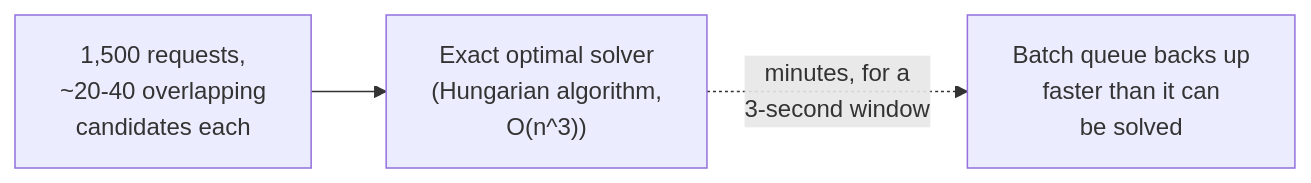
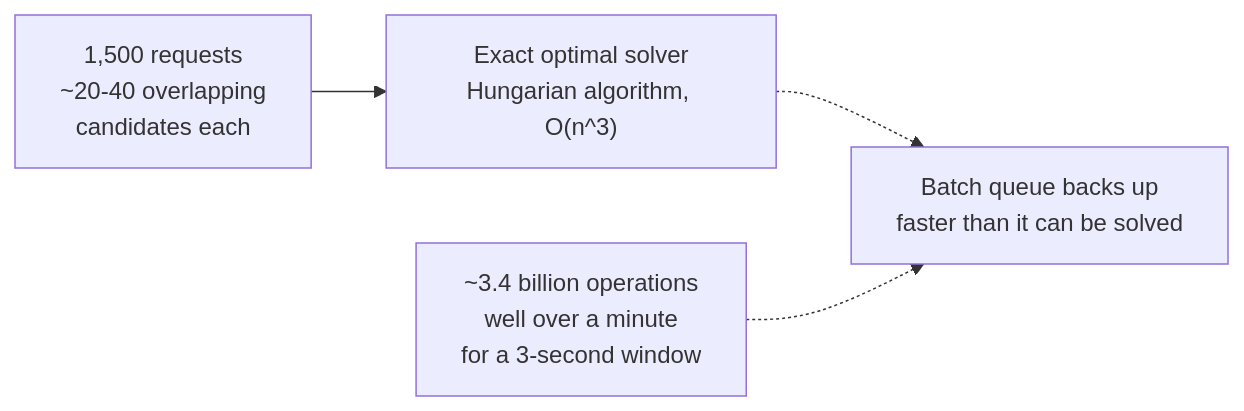
The third of 11 diagrams in system-design/HLD/0-course/62-Design-Ubers-Driver-Dispatch-System-FAANG-Guide-story.md (riyaz-pasha/Learnings), drawn with Mermaid before and after one commit. The commit also changed other lines of this file and 1 other file, not shown here.

Commit message:
[REWRITE] Uber Driver Dispatch System story guide: simplify prose, add structure, fix diagrams

````diff
--- a/system-design/HLD/0-course/62-Design-Ubers-Driver-Dispatch-System-FAANG-Guide-story.md
+++ b/system-design/HLD/0-course/62-Design-Ubers-Driver-Dispatch-System-FAANG-Guide-story.md
@@ -165,5 +247,6 @@
 ```mermaid
 flowchart LR
-    Batch["1,500 requests,\n~20-40 overlapping\ncandidates each"] --> Exact["Exact optimal solver\n(Hungarian algorithm,\nO(n^3))"]
-    Exact -.->|"minutes, for a\n3-second window"| TooSlow["Batch queue backs up\nfaster than it can\nbe solved"]
+    Batch["1,500 requests<br/>~20-40 overlapping<br/>candidates each"] --> Exact["Exact optimal solver<br/>Hungarian algorithm, O(n^3)"]
+    Exact -.-> TooSlow["Batch queue backs up<br/>faster than it can be solved"]
+    Cost["~3.4 billion operations<br/>well over a minute<br/>for a 3-second window"] -.-> TooSlow
 ```
````
